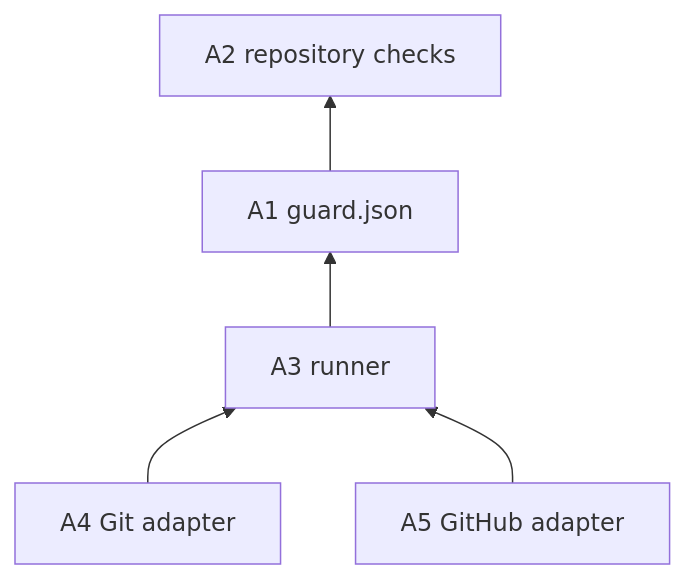
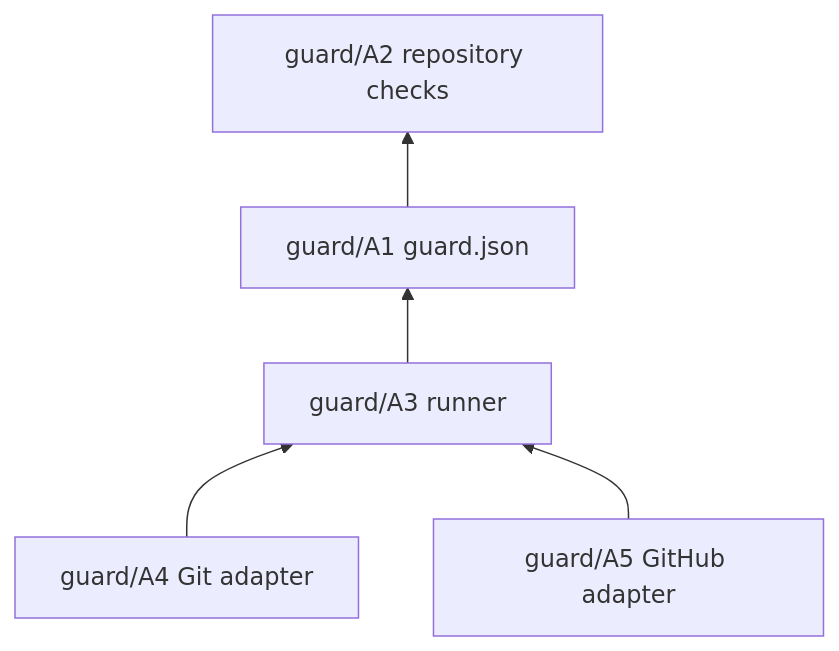
Before and after one commit to Kai-Hacks-AI/KAAL: the first of 2 diagrams in engineering/guard/architecture.md, drawn with Mermaid. The commit also changed other lines of this file and 7 other files, not shown here.

````diff
--- a/engineering/guard/architecture.md
+++ b/engineering/guard/architecture.md
@@ -39,7 +39,7 @@
 ```mermaid
 flowchart BT
-  Hook[A4 Git adapter] --> Runner[A3 runner]
-  WF[A5 GitHub adapter] --> Runner
-  Runner --> List[A1 guard.json]
-  List --> Checks[A2 repository checks]
+  Hook[guard/A4 Git adapter] --> Runner[guard/A3 runner]
+  WF[guard/A5 GitHub adapter] --> Runner
+  Runner --> List[guard/A1 guard.json]
+  List --> Checks[guard/A2 repository checks]
 ```
````
